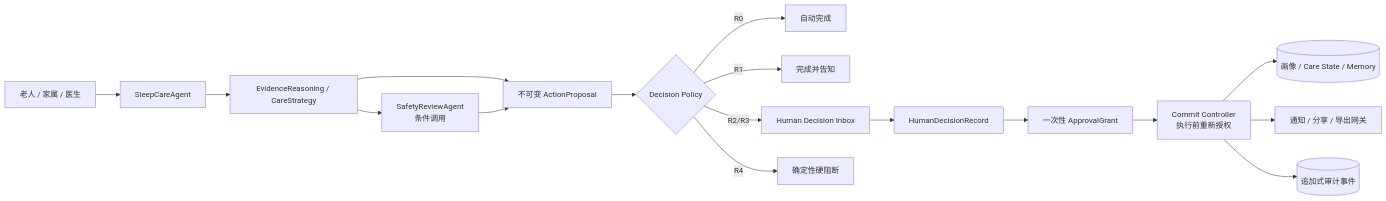
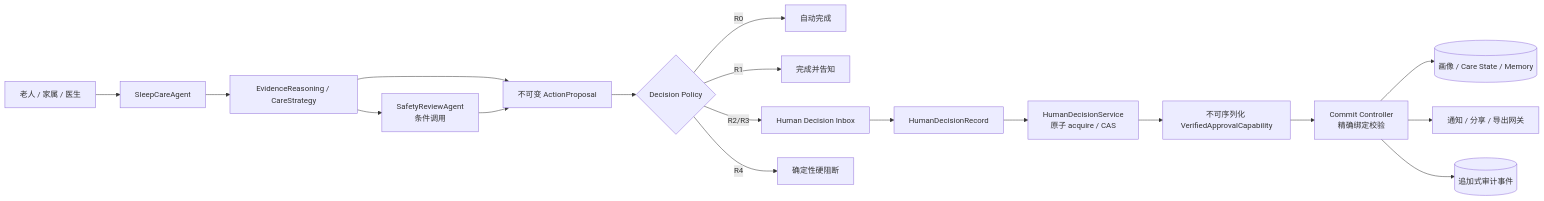
One commit to unizhe/SleepAgent changed the first of 2 diagrams in agent_architecture/HUMAN_IN_THE_LOOP.md. Above: the diagram before and after it, drawn with Mermaid. The commit also changed other lines of this file and 191 other files, not shown here.

Commit message:
refactor(runtime): clean up product runtime architecture

````diff
--- a/agent_architecture/HUMAN_IN_THE_LOOP.md
+++ b/agent_architecture/HUMAN_IN_THE_LOOP.md
@@ -21,19 +30,20 @@
 ```mermaid
 flowchart LR
     U[老人 / 家属 / 医生] --> SC[SleepCareAgent]
     SC --> A[EvidenceReasoning / CareStrategy]
     A --> S[SafetyReviewAgent<br/>条件调用]
     A --> P[不可变 ActionProposal]
     S --> P
     P --> DP{Decision Policy}
     DP -->|R0| AUTO[自动完成]
     DP -->|R1| INFO[完成并告知]
     DP -->|R2/R3| INBOX[Human Decision Inbox]
     DP -->|R4| BLOCK[确定性硬阻断]
     INBOX --> D[HumanDecisionRecord]
-    D --> G[一次性 ApprovalGrant]
-    G --> CC[Commit Controller<br/>执行前重新授权]
+    D --> HDS[HumanDecisionService<br/>原子 acquire / CAS]
+    HDS --> C[不可序列化 VerifiedApprovalCapability]
+    C --> CC[Commit Controller<br/>精确绑定校验]
     CC --> STATE[(画像 / Care State / Memory)]
     CC --> EXT[通知 / 分享 / 导出网关]
     CC --> AUDIT[(追加式审计事件)]
 ```
````
